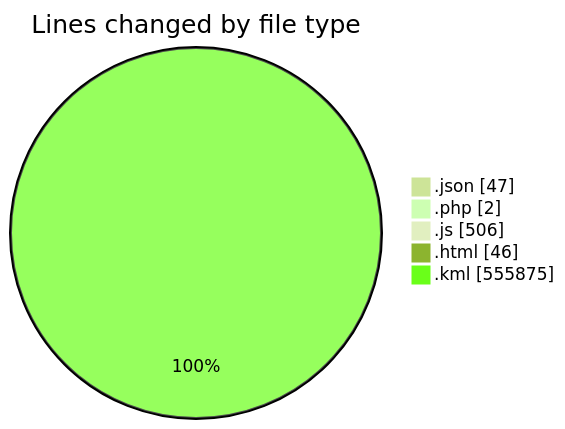
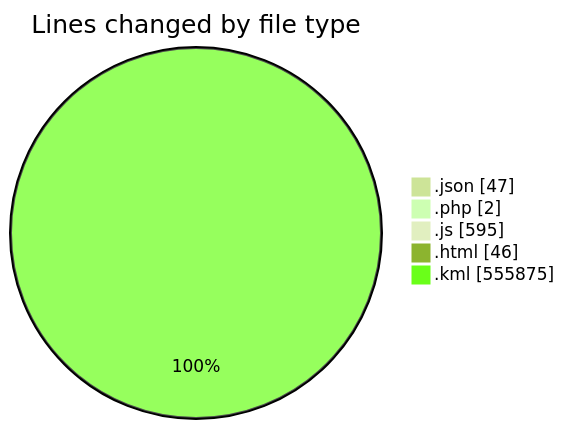
The first of 2 diagrams in 2025-03-27/kml/README.md (LanceThiago/code-tracking), drawn with Mermaid (forest theme) before and after one commit. The commit also changed other lines of this file and 1 other file, not shown here.

````diff
--- a/2025-03-27/kml/README.md
+++ b/2025-03-27/kml/README.md
@@ -28,9 +28,9 @@
 ```mermaid
 pie showData
 title Lines changed by file type
 ".json" : 47
 ".php" : 2
-".js" : 506
+".js" : 595
 ".html" : 46
 ".kml" : 555875
 ```
````
